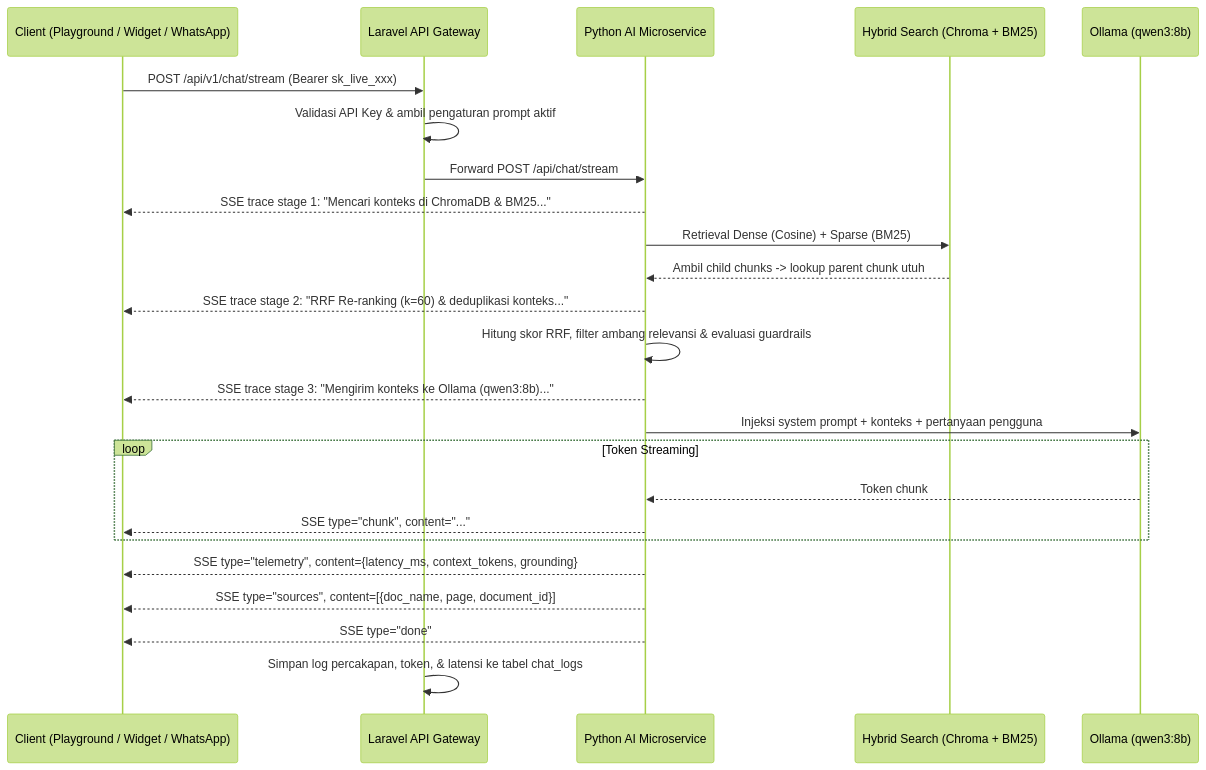
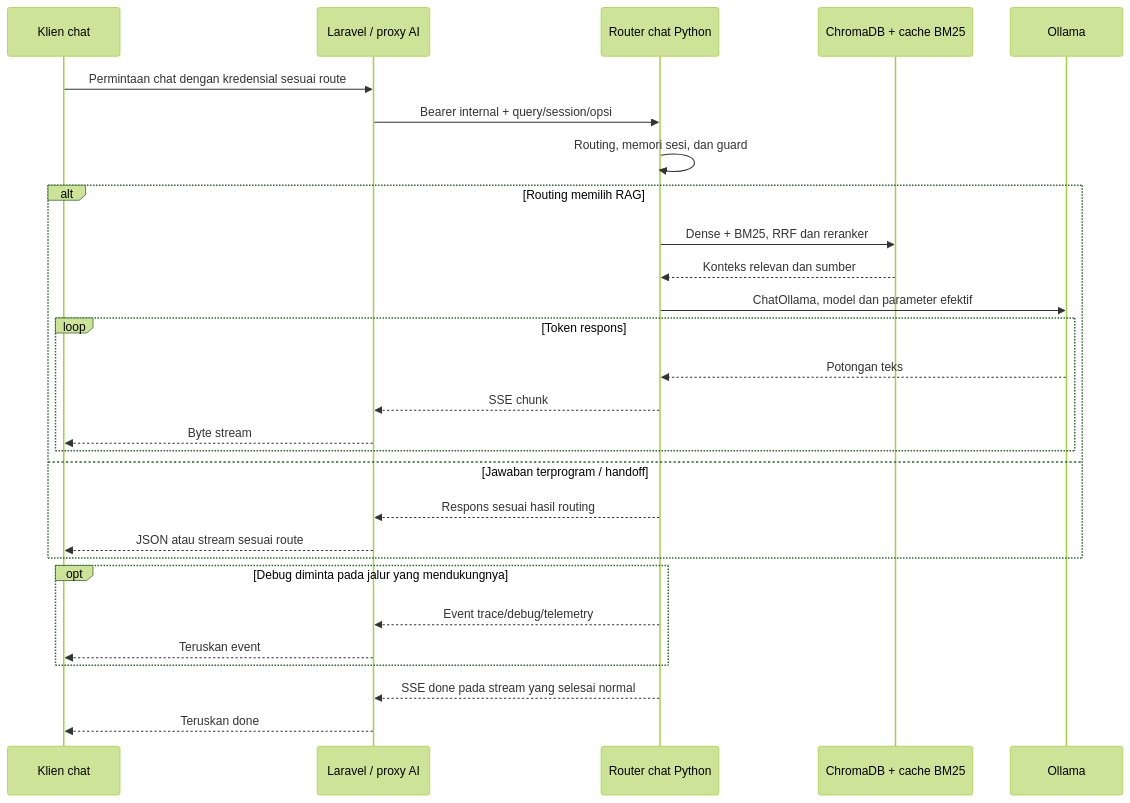
One commit to nftxvn/agentic-chatbot changed the third of 6 diagrams in docs/02-arsitektur_sistem_agentic_copilot.md. Above: the diagram before and after it, drawn with Mermaid (forest theme). The commit also changed other lines of this file and 24 other files, not shown here.

Commit message:
docs: selaraskan arsitektur panduan dan hasil audit refactoring

````diff
--- a/docs/02-arsitektur_sistem_agentic_copilot.md
+++ b/docs/02-arsitektur_sistem_agentic_copilot.md
@@ -131,33 +165,31 @@
 ```mermaid
 sequenceDiagram
-    participant Klien as Client (Playground / Widget / WhatsApp)
-    participant Gateway as Laravel API Gateway
-    participant Python as Python AI Microservice
-    participant Hybrid as Hybrid Search (Chroma + BM25)
-    participant LLM as Ollama (qwen3:8b)
+    participant Klien as Klien chat
+    participant Gateway as Laravel / proxy AI
+    participant Python as Router chat Python
+    participant Retrieval as ChromaDB + cache BM25
+    participant LLM as Ollama
 
-    Klien->>Gateway: POST /api/v1/chat/stream (Bearer sk_live_xxx)
-    Gateway->>Gateway: Validasi API Key & ambil pengaturan prompt aktif
-    Gateway->>Python: Forward POST /api/chat/stream
-    
-    Python-->>Klien: SSE trace stage 1: "Mencari konteks di ChromaDB & BM25..."
-    Python->>Hybrid: Retrieval Dense (Cosine) + Sparse (BM25)
-    Hybrid-->>Python: Ambil child chunks -> lookup parent chunk utuh
-    
-    Python-->>Klien: SSE trace stage 2: "RRF Re-ranking (k=60) & deduplikasi konteks..."
-    Python->>Python: Hitung skor RRF, filter ambang relevansi & evaluasi guardrails
-    
-    Python-->>Klien: SSE trace stage 3: "Mengirim konteks ke Ollama (qwen3:8b)..."
-    Python->>LLM: Injeksi system prompt + konteks + pertanyaan pengguna
-    
-    loop Token Streaming
-        LLM-->>Python: Token chunk
-        Python-->>Klien: SSE type="chunk", content="..."
+    Klien->>Gateway: Permintaan chat dengan kredensial sesuai route
+    Gateway->>Python: Bearer internal + query/session/opsi
+    Python->>Python: Routing, memori sesi, dan guard
+    alt Routing memilih RAG
+        Python->>Retrieval: Dense + BM25, RRF dan reranker
+        Retrieval-->>Python: Konteks relevan dan sumber
+        Python->>LLM: ChatOllama, model dan parameter efektif
+        loop Token respons
+            LLM-->>Python: Potongan teks
+            Python-->>Gateway: SSE chunk
+            Gateway-->>Klien: Byte stream
+        end
+    else Jawaban terprogram / handoff
+        Python-->>Gateway: Respons sesuai hasil routing
+        Gateway-->>Klien: JSON atau stream sesuai route
     end
-
-    Python-->>Klien: SSE type="telemetry", content={latency_ms, context_tokens, grounding}
-    Python-->>Klien: SSE type="sources", content=[{doc_name, page, document_id}]
-    Python-->>Klien: SSE type="done"
-    
-    Gateway->>Gateway: Simpan log percakapan, token, & latensi ke tabel chat_logs
+    opt Debug diminta pada jalur yang mendukungnya
+        Python-->>Gateway: Event trace/debug/telemetry
+        Gateway-->>Klien: Teruskan event
+    end
+    Python-->>Gateway: SSE done pada stream yang selesai normal
+    Gateway-->>Klien: Teruskan done
 ```
````
